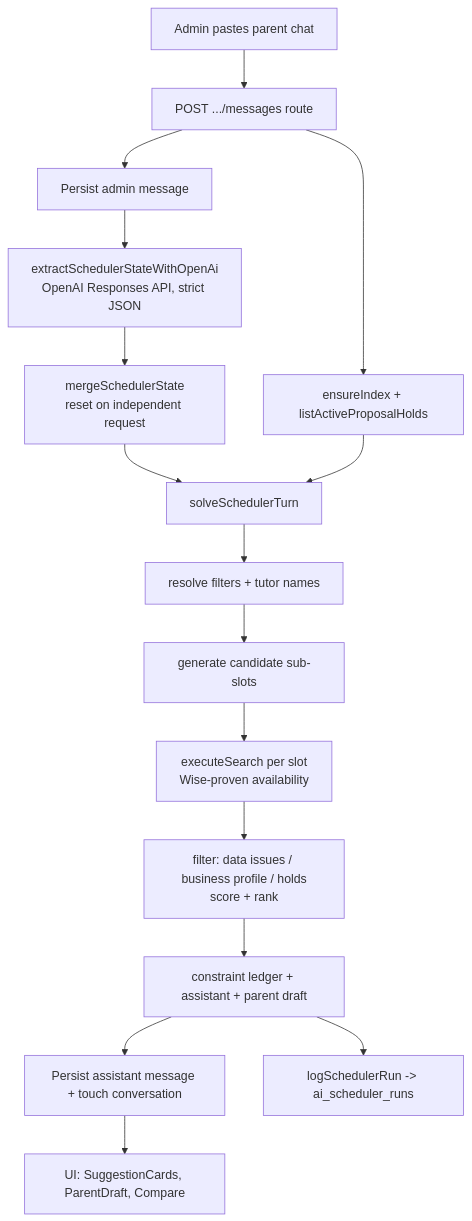
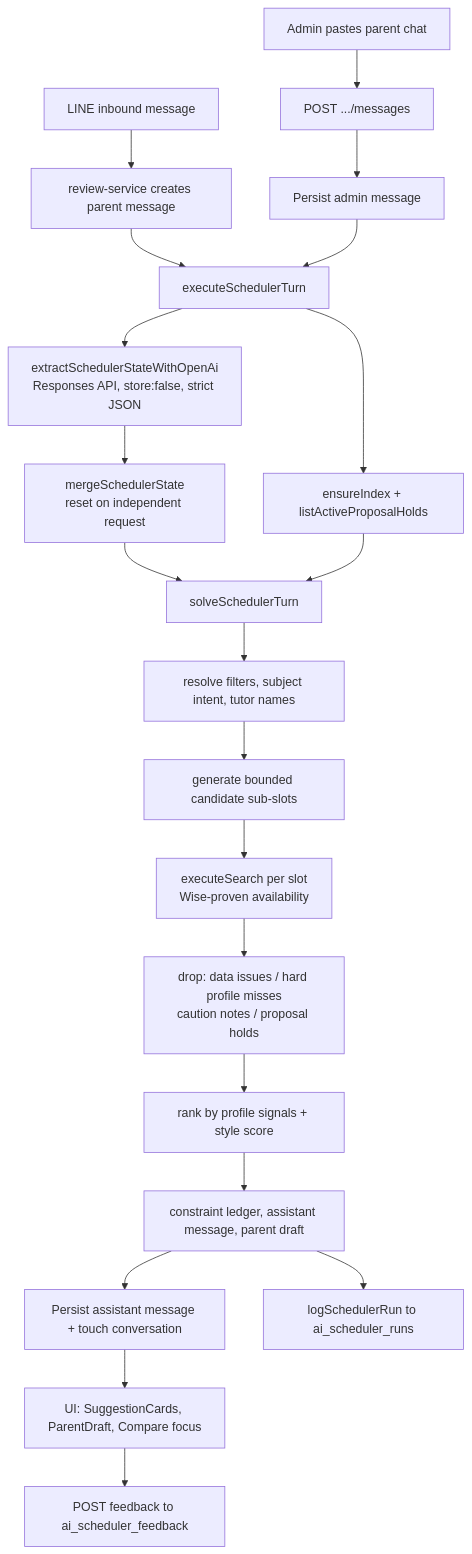
One commit to kasheesh711/bgscheduler changed the diagram in docs/features/ai-scheduler.md. Above: the diagram before and after it, drawn with Mermaid. The commit also changed other lines of this file and 71 other files, not shown here.

````diff
--- a/docs/features/ai-scheduler.md
+++ b/docs/features/ai-scheduler.md
@@ -68,18 +74,23 @@
 ```mermaid
 flowchart TD
-  A[Admin pastes parent chat] --> B[POST .../messages route]
+  A[Admin pastes parent chat] --> B[POST .../messages]
+  L[LINE inbound message] --> B2[review-service creates parent message]
   B --> C[Persist admin message]
-  B --> D[ensureIndex + listActiveProposalHolds]
-  C --> E[extractSchedulerStateWithOpenAi\nOpenAI Responses API, strict JSON]
-  E --> F[mergeSchedulerState\nreset on independent request]
-  F --> G[solveSchedulerTurn]
-  D --> G
-  G --> H[resolve filters + tutor names]
-  H --> I[generate candidate sub-slots]
-  I --> J[executeSearch per slot\nWise-proven availability]
-  J --> K[filter: data issues / business profile / holds\nscore + rank]
-  K --> L[constraint ledger + assistant + parent draft]
-  L --> M[Persist assistant message + touch conversation]
-  L --> N[logSchedulerRun -> ai_scheduler_runs]
-  M --> O[UI: SuggestionCards, ParentDraft, Compare]
+  B2 --> D
+  C --> D[executeSchedulerTurn]
+  D --> E[ensureIndex + listActiveProposalHolds]
+  D --> F[extractSchedulerStateWithOpenAi<br/>Responses API, store:false, strict JSON]
+  F --> G[mergeSchedulerState<br/>reset on independent request]
+  G --> H[solveSchedulerTurn]
+  E --> H
+  H --> I[resolve filters, subject intent, tutor names]
+  I --> J[generate bounded candidate sub-slots]
+  J --> K[executeSearch per slot<br/>Wise-proven availability]
+  K --> M[drop: data issues / hard profile misses<br/>caution notes / proposal holds]
+  M --> N[rank by profile signals + style score]
+  N --> O[constraint ledger, assistant message, parent draft]
+  O --> P[Persist assistant message + touch conversation]
+  O --> Q[logSchedulerRun to ai_scheduler_runs]
+  P --> R[UI: SuggestionCards, ParentDraft, Compare focus]
+  R --> S[POST feedback to ai_scheduler_feedback]
 ```
````
